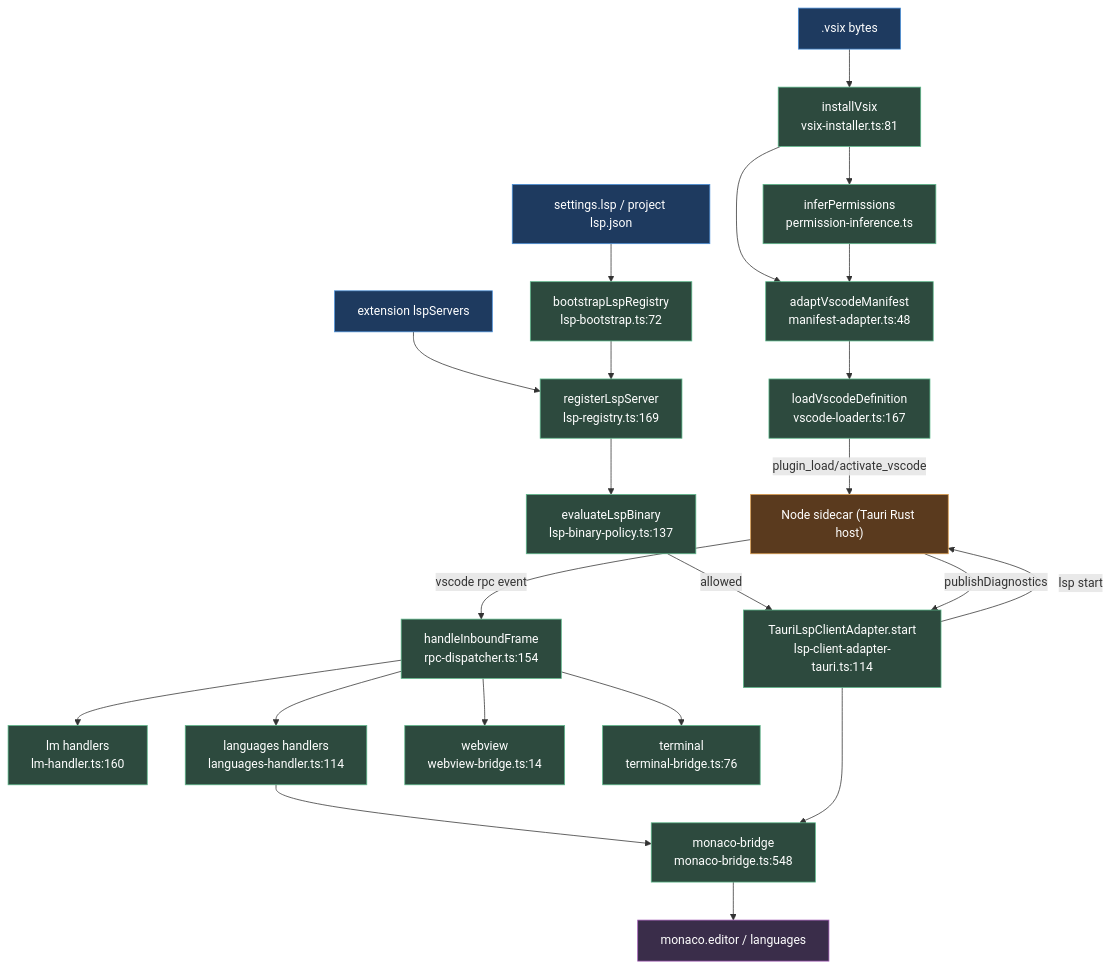
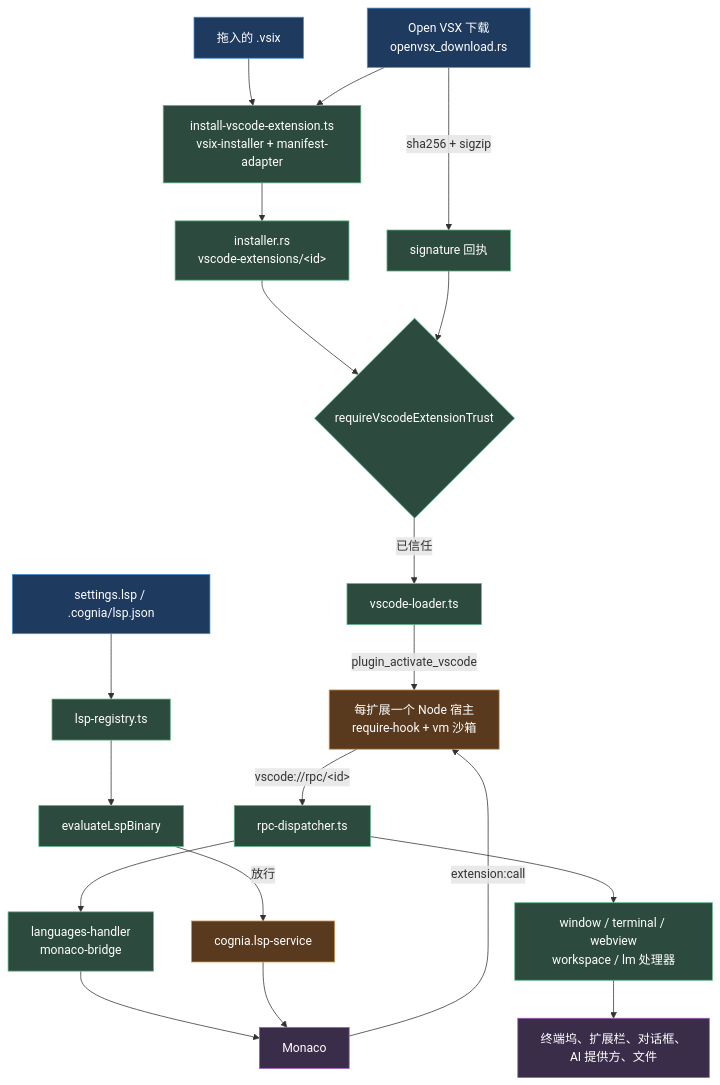
Before and after one commit to MaxQian888/cognia-next: the diagram in docs/content/docs/zh/subsystems/plugin-system/vscode-and-lsp.mdx, drawn with Mermaid. The commit also changed other lines of this file and 10 other files, not shown here.

First line of the commit message:
docs(plugins): document VS Code extensions as they run now, test a languageclient extension

````diff
--- a/docs/content/docs/zh/subsystems/plugin-system/vscode-and-lsp.mdx
+++ b/docs/content/docs/zh/subsystems/plugin-system/vscode-and-lsp.mdx
@@ -167,33 +155,30 @@
 ```mermaid
 graph TD
-  VSIX[".vsix bytes"] --> INST["installVsix<br/>vsix-installer.ts:81"]
-  INST --> INFER["inferPermissions<br/>permission-inference.ts"]
-  INST --> ADAPT["adaptVscodeManifest<br/>manifest-adapter.ts:48"]
-  INFER --> ADAPT
-  ADAPT --> LOAD["loadVscodeDefinition<br/>vscode-loader.ts:167"]
-  LOAD --"plugin_load/activate_vscode"--> SIDE["Node sidecar (Tauri Rust host)"]
-  SIDE --"vscode rpc event"--> DISP["handleInboundFrame<br/>rpc-dispatcher.ts:154"]
-  DISP --> LM["lm handlers<br/>lm-handler.ts:160"]
-  DISP --> LANG["languages handlers<br/>languages-handler.ts:114"]
-  DISP --> WV["webview<br/>webview-bridge.ts:14"]
-  DISP --> TERM["terminal<br/>terminal-bridge.ts:76"]
-  LANG --> MON["monaco-bridge<br/>monaco-bridge.ts:548"]
-  MON --> MONACO["monaco.editor / languages"]
-  EXT["extension lspServers"] --> REG["registerLspServer<br/>lsp-registry.ts:169"]
-  USER["settings.lsp / project lsp.json"] --> BOOT["bootstrapLspRegistry<br/>lsp-bootstrap.ts:72"]
-  BOOT --> REG
-  REG --> POL["evaluateLspBinary<br/>lsp-binary-policy.ts:137"]
-  POL --"allowed"--> TAU["TauriLspClientAdapter.start<br/>lsp-client-adapter-tauri.ts:114"]
-  TAU --"lsp start"--> SIDE
-  SIDE --"publishDiagnostics"--> TAU
-  TAU --> MON
+  OVSX["Open VSX 下载<br/>openvsx_download.rs"] --"sha256 + sigzip"--> RECEIPT["signature 回执"]
+  DROP["拖入的 .vsix"] --> INSTALL
+  OVSX --> INSTALL["install-vscode-extension.ts<br/>vsix-installer + manifest-adapter"]
+  INSTALL --> RUST["installer.rs<br/>vscode-extensions/&lt;id&gt;"]
+  RUST --> TRUST{"requireVscodeExtensionTrust"}
+  RECEIPT --> TRUST
+  TRUST --"已信任"--> LOAD["vscode-loader.ts"]
+  LOAD --"plugin_activate_vscode"--> HOST["每扩展一个 Node 宿主<br/>require-hook + vm 沙箱"]
+  HOST --"vscode://rpc/&lt;id&gt;"--> DISP["rpc-dispatcher.ts"]
+  DISP --> LANG["languages-handler<br/>monaco-bridge"]
+  DISP --> WIN["window / terminal / webview<br/>workspace / lm 处理器"]
+  LANG --> MONACO["Monaco"]
+  MONACO --"extension:call"--> HOST
+  WIN --> APP["终端坞、扩展栏、对话框、<br/>AI 提供方、文件"]
+  SETTINGS["settings.lsp / .cognia/lsp.json"] --> REG["lsp-registry.ts"]
+  REG --> POL["evaluateLspBinary"]
+  POL --"放行"--> LSP["cognia.lsp-service"]
+  LSP --> MONACO
 
   classDef entry fill:#1e3a5f,stroke:#4a90d9,color:#fff
   classDef bridge fill:#2d4a3e,stroke:#5cb88a,color:#fff
   classDef sidecar fill:#5a3a1e,stroke:#d99a4a,color:#fff
   classDef sink fill:#3a2d4a,stroke:#a45cb8,color:#fff
-  class VSIX,USER,EXT entry
-  class INST,INFER,ADAPT,LOAD,DISP,LM,LANG,WV,TERM,MON,REG,BOOT,POL,TAU bridge
-  class SIDE sidecar
-  class MONACO sink
+  class OVSX,DROP,SETTINGS entry
+  class INSTALL,RUST,TRUST,LOAD,DISP,LANG,WIN,REG,POL,RECEIPT bridge
+  class HOST,LSP sidecar
+  class MONACO,APP sink
 ```
````
